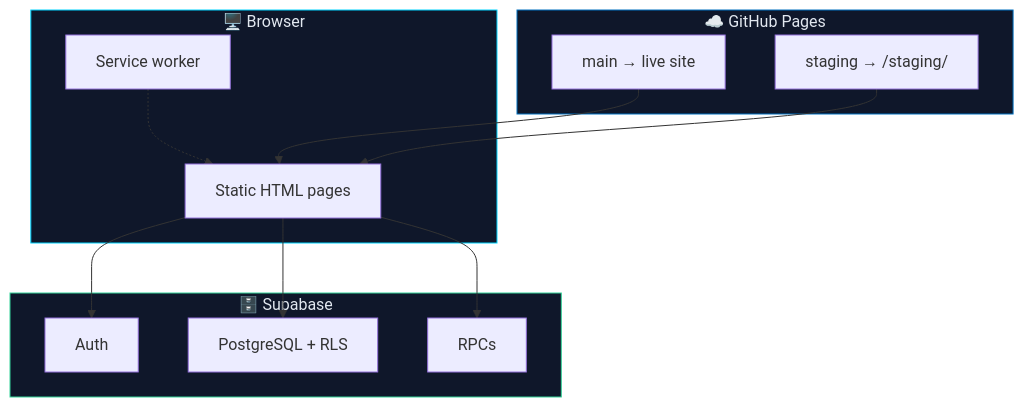
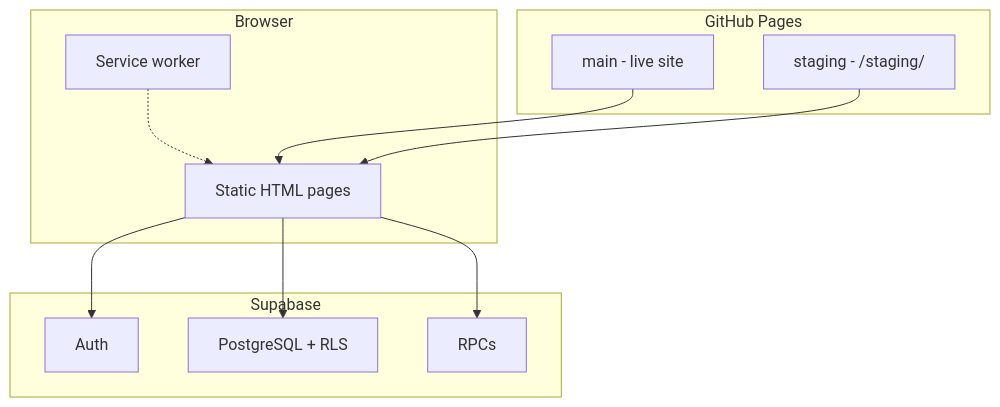
The first of 7 diagrams in docs/README.md (fnsventures/petrolpump), drawn with Mermaid before and after one commit. The commit also changed other lines of this file and 3 other files, not shown here.

````diff
--- a/docs/README.md
+++ b/docs/README.md
@@ -55,25 +55,22 @@
 ```mermaid
 flowchart TB
-  subgraph Client["🖥️ Browser"]
+  subgraph Client["Browser"]
     HTML["Static HTML pages"]
     SW["Service worker"]
   end
-  subgraph Host["☁️ GitHub Pages"]
-    PROD["main → live site"]
-    STG["staging → /staging/"]
+  subgraph Host["GitHub Pages"]
+    PROD["main - live site"]
+    STG["staging - /staging/"]
   end
-  subgraph Backend["🗄️ Supabase"]
+  subgraph Backend["Supabase"]
     AUTH["Auth"]
     DB["PostgreSQL + RLS"]
     RPC["RPCs"]
   end
   HTML --> AUTH
   HTML --> DB
   HTML --> RPC
   SW -.-> HTML
   PROD --> HTML
   STG --> HTML
-  style Client fill:#0f172a,stroke:#00d4ff,color:#e2e8f0
-  style Host fill:#0f172a,stroke:#0070c0,color:#e2e8f0
-  style Backend fill:#0f172a,stroke:#34d399,color:#e2e8f0
 ```
````
